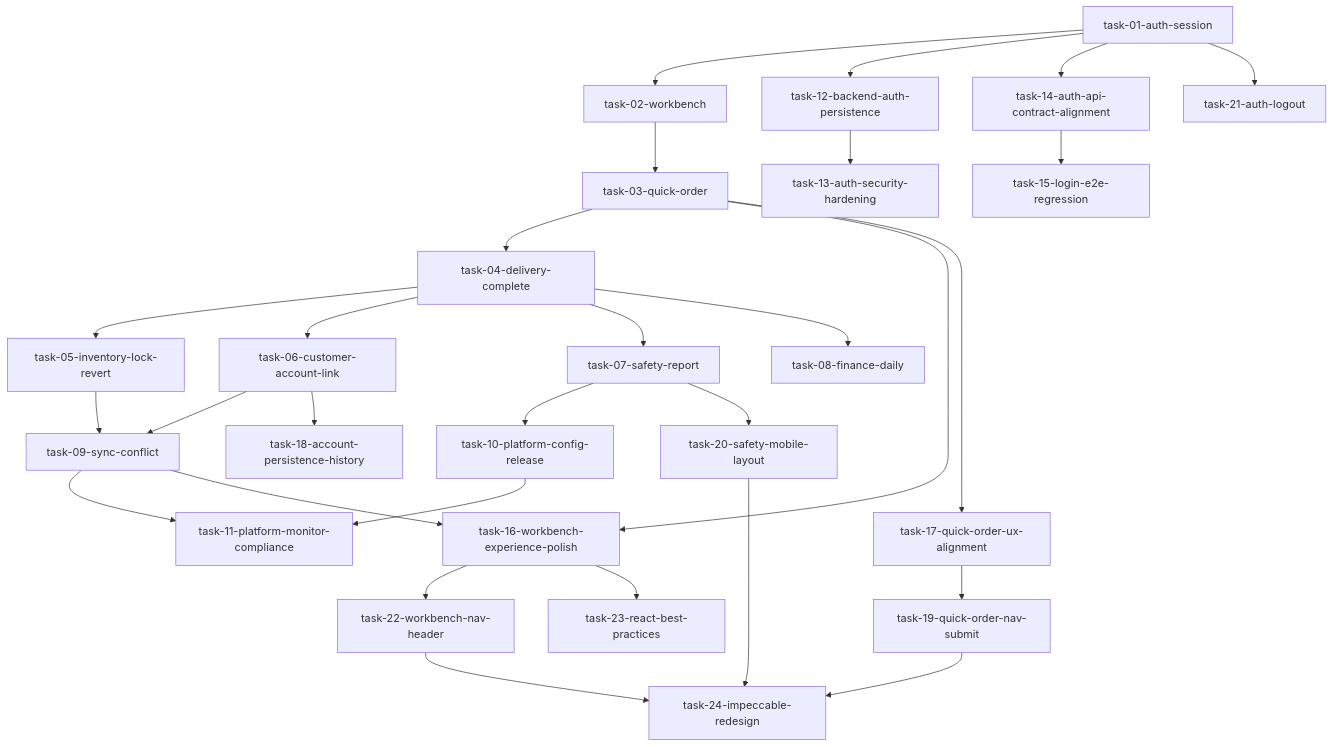
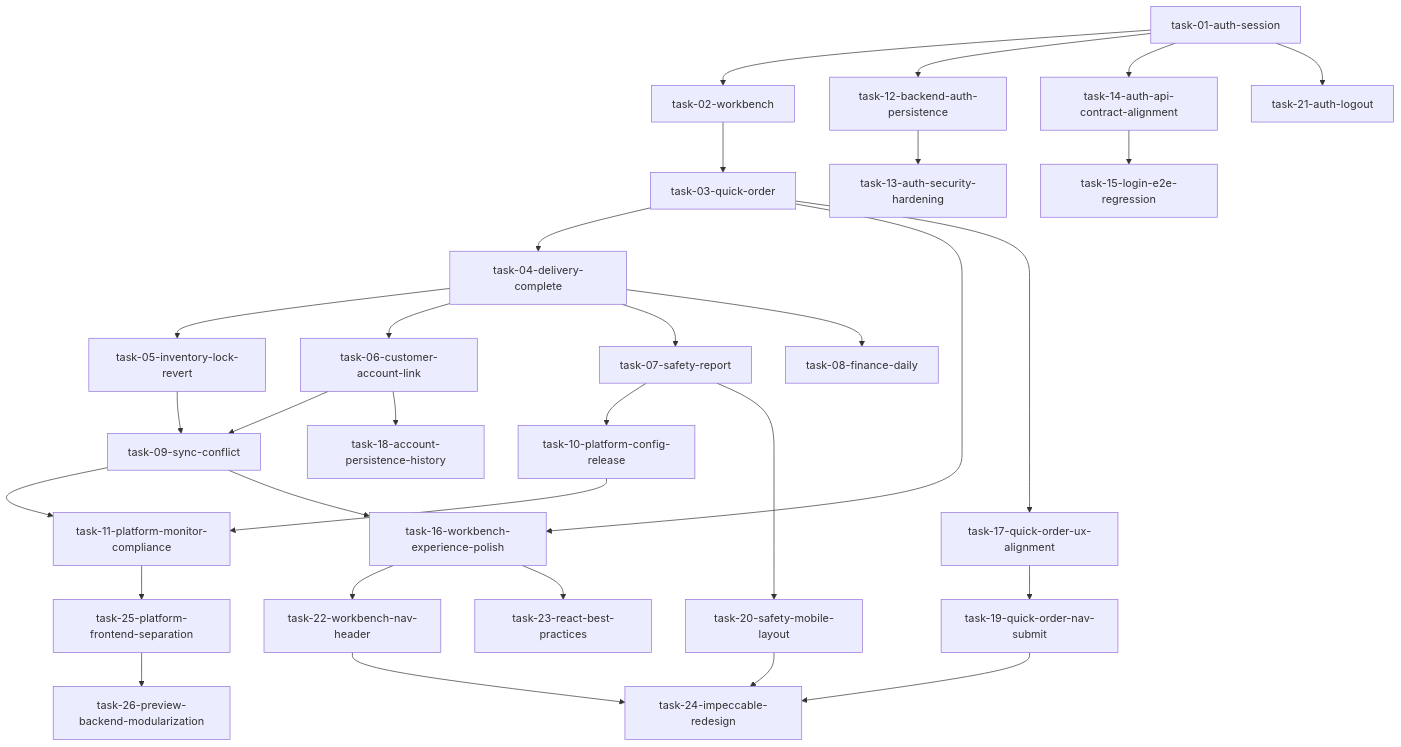
The diagram in .trellis/tasks/feature-task-map.md (PojoZheng/lpg_gas_project), drawn with Mermaid before and after one commit. The commit also changed other lines of this file and 2 other files, not shown here.

Commit message:
feat(tasks): add platform split and preview/backend modularization tasks
Made-with: Cursor

````diff
--- a/.trellis/tasks/feature-task-map.md
+++ b/.trellis/tasks/feature-task-map.md
@@ -25,31 +27,33 @@
 ```mermaid
 flowchart TD
 t01[task-01-auth-session] --> t02[task-02-workbench]
 t02 --> t03[task-03-quick-order]
 t03 --> t04[task-04-delivery-complete]
 t04 --> t05[task-05-inventory-lock-revert]
 t04 --> t06[task-06-customer-account-link]
 t04 --> t07[task-07-safety-report]
 t04 --> t08[task-08-finance-daily]
 t05 --> t09[task-09-sync-conflict]
 t06 --> t09
 t07 --> t10[task-10-platform-config-release]
 t09 --> t11[task-11-platform-monitor-compliance]
 t10 --> t11
 t01 --> t12[task-12-backend-auth-persistence]
 t12 --> t13[task-13-auth-security-hardening]
 t01 --> t14[task-14-auth-api-contract-alignment]
 t14 --> t15[task-15-login-e2e-regression]
 t03 --> t16[task-16-workbench-experience-polish]
 t09 --> t16
 t03 --> t17[task-17-quick-order-ux-alignment]
 t06 --> t18[task-18-account-persistence-history]
 t17 --> t19[task-19-quick-order-nav-submit]
 t07 --> t20[task-20-safety-mobile-layout]
 t01 --> t21[task-21-auth-logout]
 t16 --> t22[task-22-workbench-nav-header]
 t16 --> t23[task-23-react-best-practices]
 t19 --> t24[task-24-impeccable-redesign]
 t20 --> t24
 t22 --> t24
+t11 --> t25[task-25-platform-frontend-separation]
+t25 --> t26[task-26-preview-backend-modularization]
 ```
````
